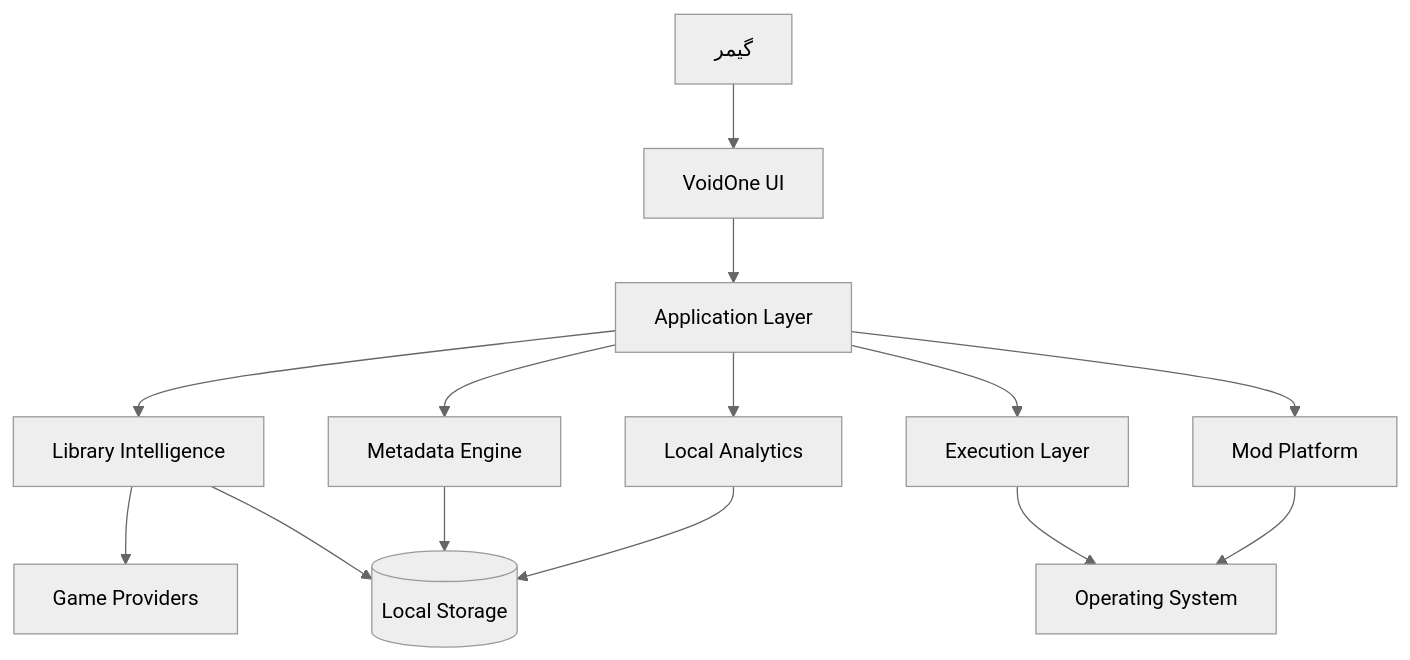
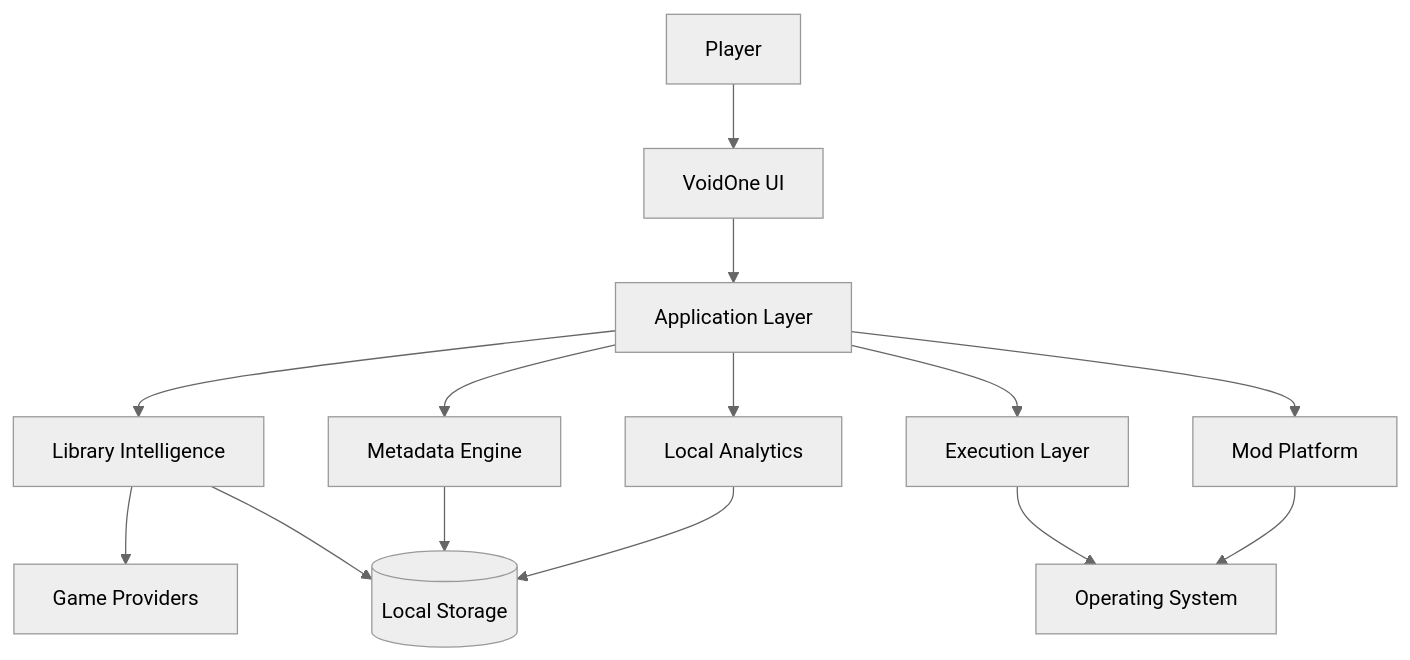
One commit to VoidOne-App/VoidOne changed the second of 2 diagrams in README.fa.md. Above: the diagram before and after it, drawn with Mermaid (neutral theme). The commit also changed other lines of this file, not shown here.

````diff
--- a/README.fa.md
+++ b/README.fa.md
@@ -766,32 +783,32 @@
 ```mermaid
 flowchart TB
-    PLAYER["گیمر"]
+    PLAYER["Player"]
 
     UI["VoidOne UI"]
     APP["Application Layer"]
     LIB["Library Intelligence"]
     META["Metadata Engine"]
     EXEC["Execution Layer"]
     MOD["Mod Platform"]
     ANALYTICS["Local Analytics"]
 
     DB[("Local Storage")]
     OS["Operating System"]
     PROVIDERS["Game Providers"]
 
     PLAYER --> UI
     UI --> APP
 
     APP --> LIB
     APP --> META
     APP --> EXEC
     APP --> MOD
     APP --> ANALYTICS
 
     LIB --> PROVIDERS
     LIB --> DB
     META --> DB
     EXEC --> OS
     MOD --> OS
     ANALYTICS --> DB
 ```
````
